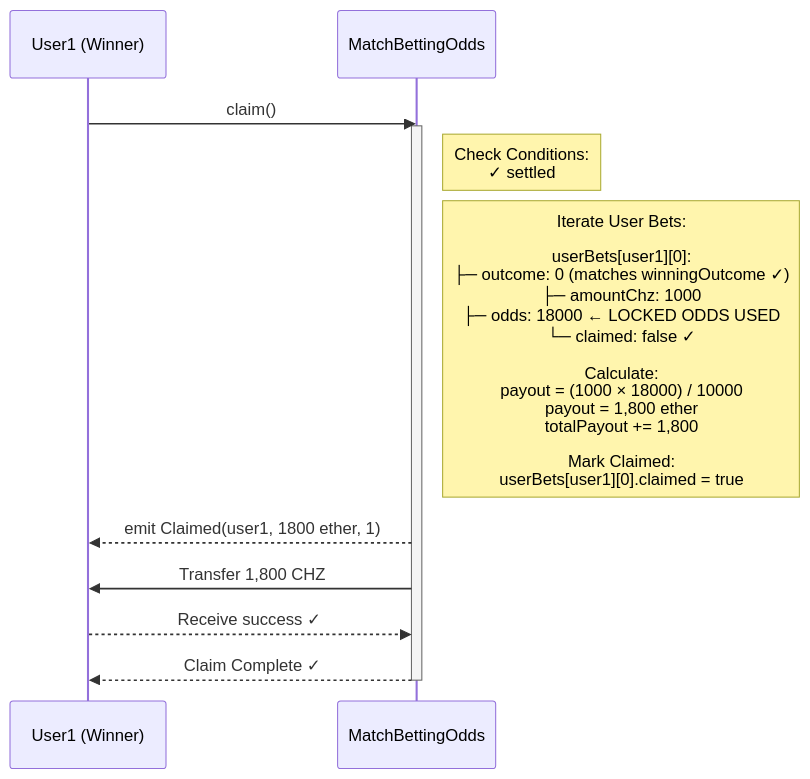
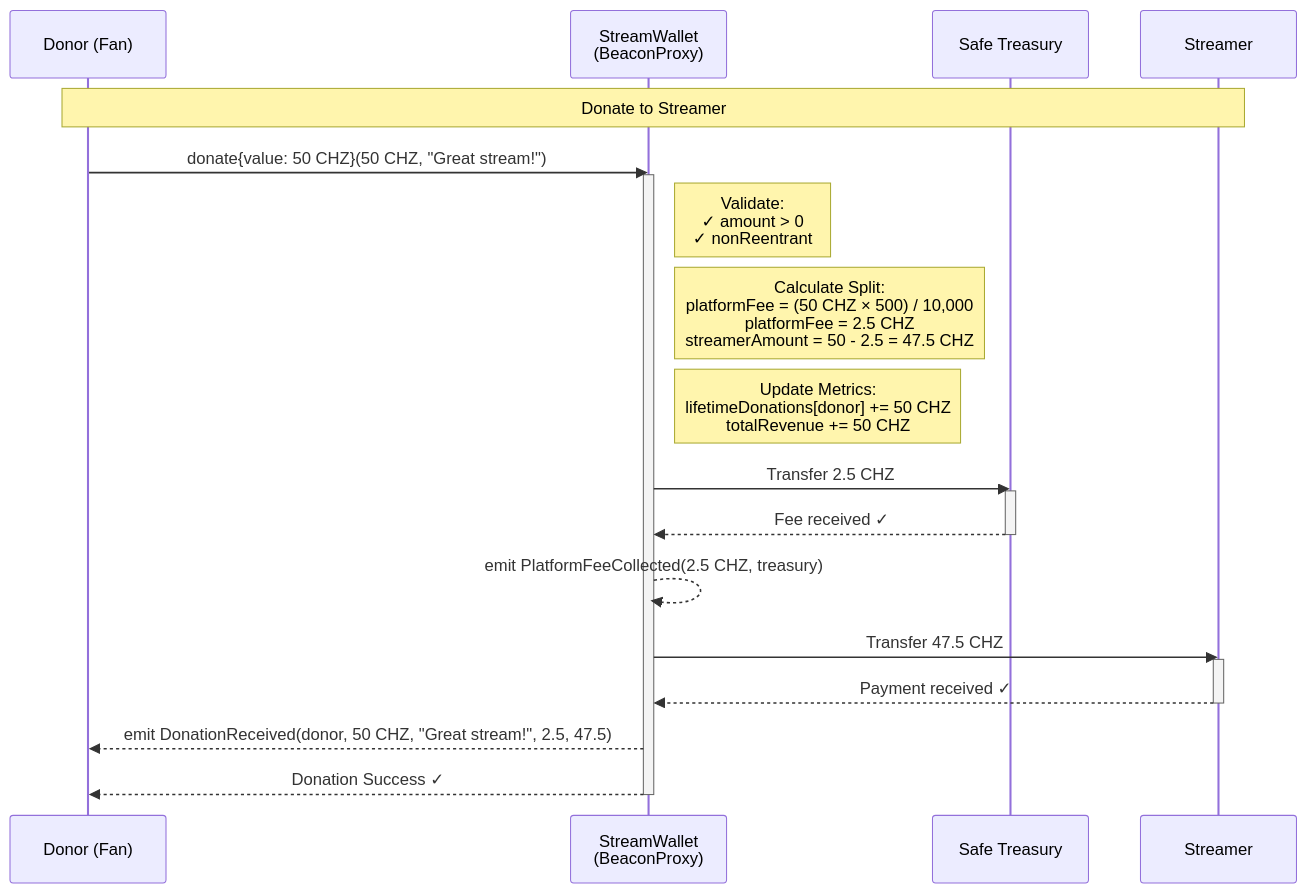
One commit to ChilizTV/smart-contracts changed the eighth of 11 diagrams in SEQUENCE_DIAGRAM.md. Above: the diagram before and after it, drawn with Mermaid. The commit also changed other lines of this file and 25 other files, not shown here.

````diff
--- a/SEQUENCE_DIAGRAM.md
+++ b/SEQUENCE_DIAGRAM.md
@@ -349,20 +342,34 @@
 ```mermaid
 sequenceDiagram
-    participant User1 as User1 (Winner)
-    participant Contract as MatchBettingOdds
+    participant Donor as Donor (Fan)
+    participant Wallet as StreamWallet<br/>(BeaconProxy)
+    participant Treasury as Safe Treasury
+    participant Streamer as Streamer
 
-    User1->>Contract: claim()
-    activate Contract
+    Note over Donor,Streamer: Donate to Streamer
+
+    Donor->>Wallet: donate{value: 50 CHZ}(50 CHZ, "Great stream!")
+    activate Wallet
     
-    Note right of Contract: Check Conditions:<br/>✓ settled
+    Note right of Wallet: Validate:<br/>✓ amount > 0<br/>✓ nonReentrant
     
-    Note right of Contract: Iterate User Bets:<br/><br/>userBets[user1][0]:<br/>├─ outcome: 0 (matches winningOutcome ✓)<br/>├─ amountChz: 1000<br/>├─ odds: 18000 ← LOCKED ODDS USED<br/>└─ claimed: false ✓<br/><br/>Calculate:<br/>payout = (1000 × 18000) / 10000<br/>payout = 1,800 ether<br/>totalPayout += 1,800<br/><br/>Mark Claimed:<br/>userBets[user1][0].claimed = true
+    Note right of Wallet: Calculate Split:<br/>platformFee = (50 CHZ × 500) / 10,000<br/>platformFee = 2.5 CHZ<br/>streamerAmount = 50 - 2.5 = 47.5 CHZ
     
-    Contract-->>User1: emit Claimed(user1, 1800 ether, 1)
+    Note right of Wallet: Update Metrics:<br/>lifetimeDonations[donor] += 50 CHZ<br/>totalRevenue += 50 CHZ
     
-    Contract->>User1: Transfer 1,800 CHZ
-    User1-->>Contract: Receive success ✓
+    Wallet->>Treasury: Transfer 2.5 CHZ
+    activate Treasury
+    Treasury-->>Wallet: Fee received ✓
+    deactivate Treasury
     
-    Contract-->>User1: Claim Complete ✓
-    deactivate Contract
+    Wallet-->>Wallet: emit PlatformFeeCollected(2.5 CHZ, treasury)
+    
+    Wallet->>Streamer: Transfer 47.5 CHZ
+    activate Streamer
+    Streamer-->>Wallet: Payment received ✓
+    deactivate Streamer
+    
+    Wallet-->>Donor: emit DonationReceived(donor, 50 CHZ, "Great stream!", 2.5, 47.5)
+    Wallet-->>Donor: Donation Success ✓
+    deactivate Wallet
 ```
````
